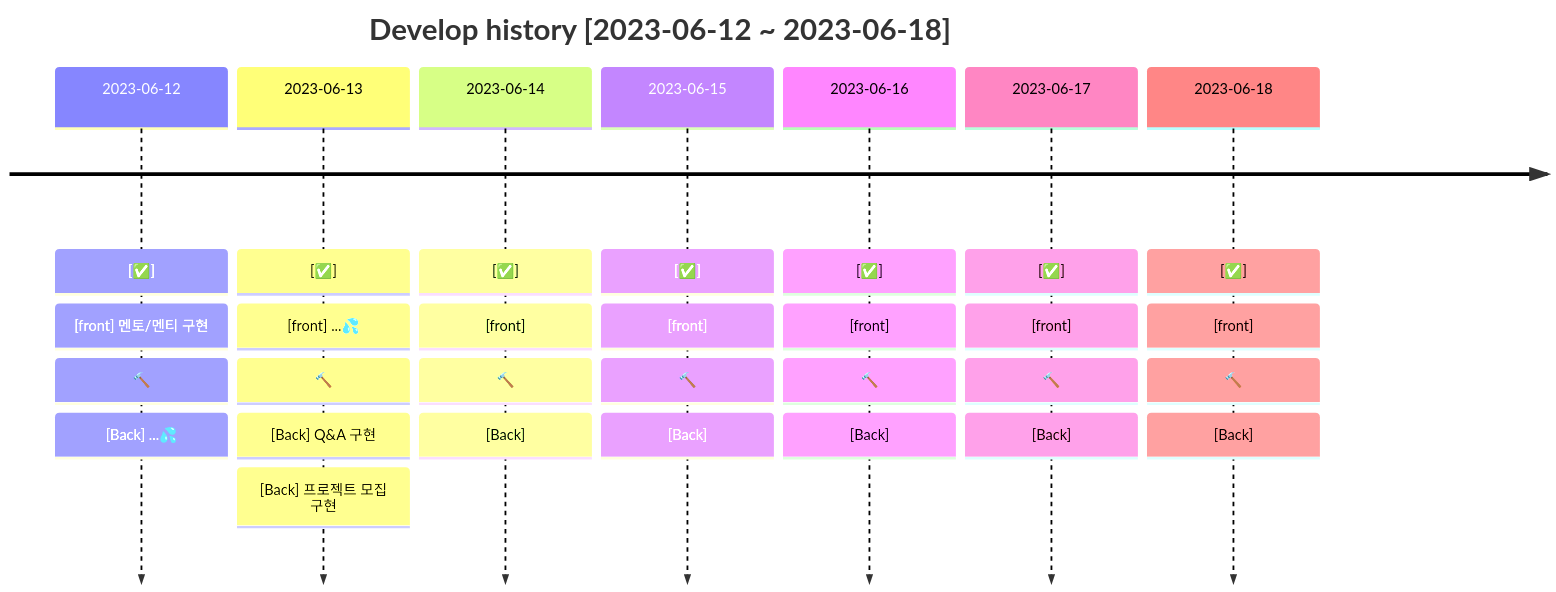
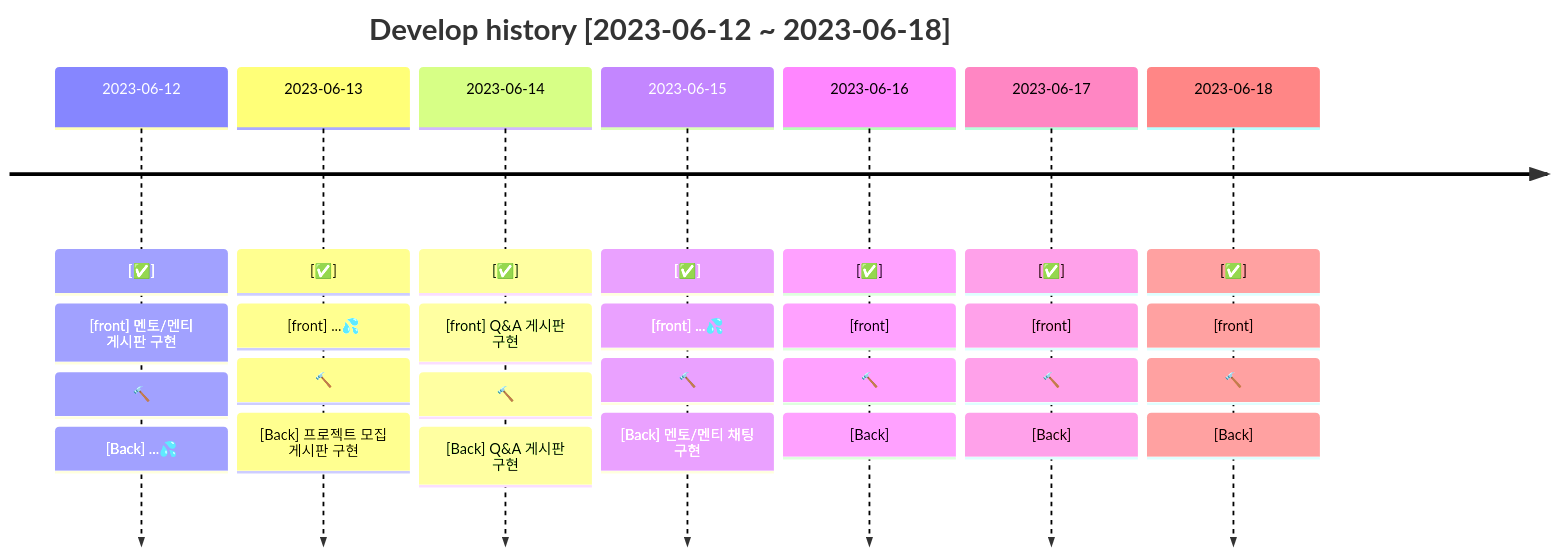
The third of 4 diagrams in docs/README.md (Hazel0c0/ddamddam-club-org), drawn with Mermaid before and after one commit. The commit also changed other lines of this file, not shown here.

Commit message:
Feat: 토큰 인증 필터 생성
- SecurityConfig 수정
- config > security 패키지 생성
- common > 공통 예외처리 패키지 생성

````diff
--- a/docs/README.md
+++ b/docs/README.md
@@ -112,33 +112,32 @@
 ```mermaid
 timeline
     title Develop history [2023-06-12 ~ 2023-06-18]
     2023-06-12: [✅]
-            : [front] 멘토/멘티 구현
+            : [front] 멘토/멘티 게시판 구현
             : 🔨
             : [Back] ...💦
     2023-06-13: [✅]
             : [front] ...💦
             : 🔨
-            : [Back] Q&A 구현
-            : [Back] 프로젝트 모집 구현
+            : [Back] 프로젝트 모집 게시판 구현
     2023-06-14: [✅]
-            : [front] 
+            : [front] Q&A 게시판 구현
             : 🔨
-            : [Back] 
+            : [Back] Q&A 게시판 구현
     2023-06-15: [✅]
-            : [front] 
+            : [front] ...💦
             : 🔨
-            : [Back] 
+            : [Back] 멘토/멘티 채팅 구현
     2023-06-16: [✅]
             : [front]
             : 🔨
             : [Back]
     2023-06-17: [✅]
             : [front]
             : 🔨
             : [Back]
     2023-06-18: [✅]
             : [front]
             : 🔨
             : [Back]
 ```
````
